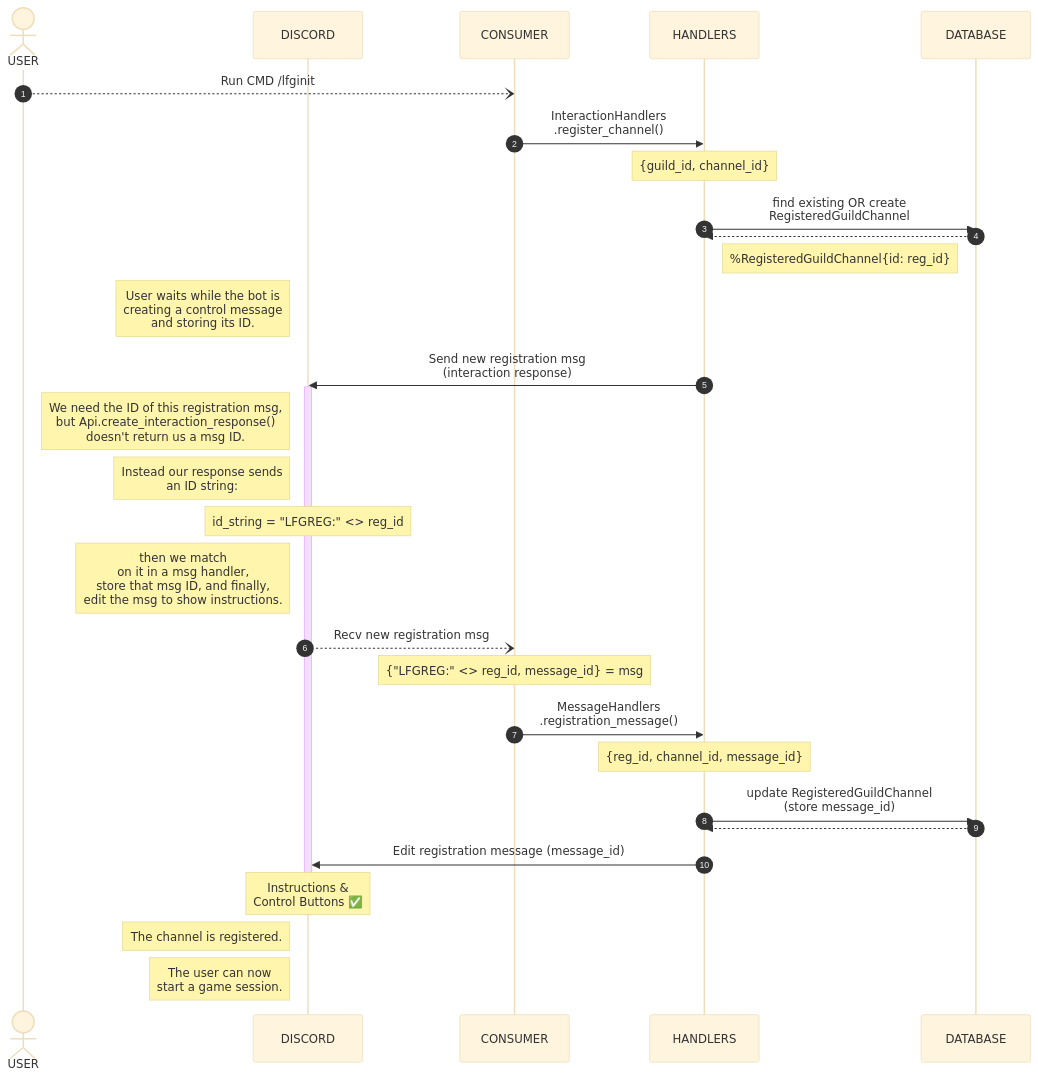
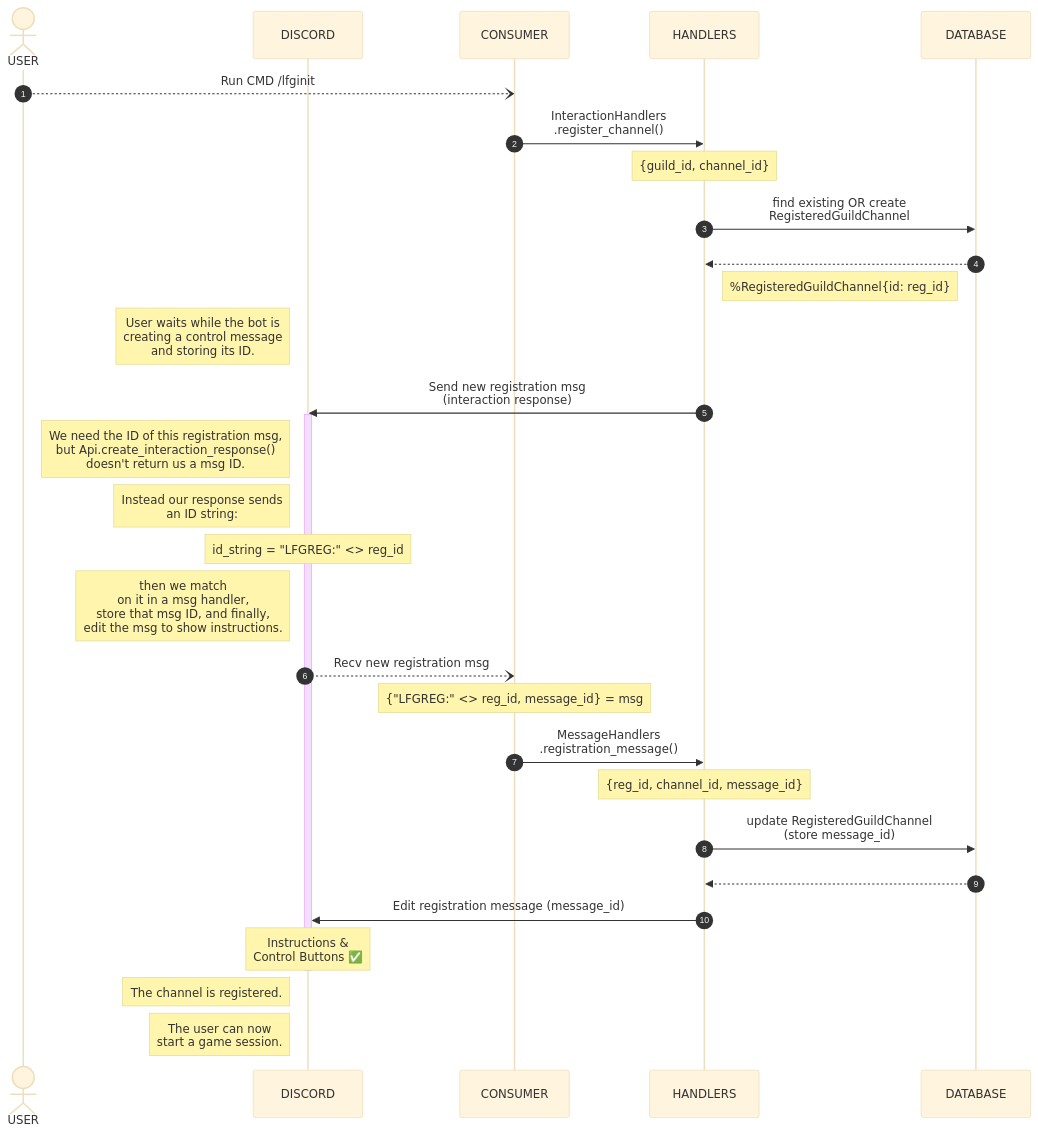
One commit to GeordieP/LFGBot changed the second of 4 diagrams in README.md. Above: the diagram before and after it, drawn with Mermaid (base theme). The commit also changed other lines of this file, not shown here.

First line of the commit message:
Fix mermaid syntax

````diff
--- a/README.md
+++ b/README.md
@@ -119,38 +117,38 @@
 ```mermaid
 sequenceDiagram
 autonumber
 
 actor USER
 participant DISCORD
 participant CONSUMER
 participant HANDLERS
 participant DATABASE
 
 USER--)CONSUMER: Run CMD /lfginit
 CONSUMER->>HANDLERS: InteractionHandlers<br/>.register_channel()
 Note over HANDLERS: {guild_id, channel_id}
 HANDLERS->>DATABASE: find existing OR create<br /> RegisteredGuildChannel
-DATABASE-->>HANDLERS:
+DATABASE-->>HANDLERS: #nbsp;
 Note right of HANDLERS: %RegisteredGuildChannel{id: reg_id}
 Note left of DISCORD: User waits while the bot is<br />creating a control message <br />and storing its ID.
 
 HANDLERS->>DISCORD: Send new registration msg<br/>(interaction response)
 activate DISCORD
 Note left of DISCORD: We need the ID of this registration msg,<br/>but Api.create_interaction_response()<br/>doesn't return us a msg ID.
 Note left of DISCORD: Instead our response sends<br />an ID string:
 Note over DISCORD: id_string = "LFGREG:" <> reg_id
 Note left of DISCORD: then we match <br/>on it in a msg handler,<br/>store that msg ID, and finally, <br/>edit the msg to show instructions.
 DISCORD--)CONSUMER: Recv new registration msg
 Note over CONSUMER: {"LFGREG:" <> reg_id, message_id} = msg
 CONSUMER->>HANDLERS: MessageHandlers<br/>.registration_message()
 Note over HANDLERS: {reg_id, channel_id, message_id}
 HANDLERS->>DATABASE: update RegisteredGuildChannel<br />(store message_id)
-DATABASE-->>HANDLERS:
+DATABASE-->>HANDLERS: #nbsp;
 
 HANDLERS->>DISCORD: Edit registration message (message_id)
 Note over DISCORD: Instructions &<br/>Control Buttons ✅
 deactivate DISCORD
 Note left of DISCORD: The channel is registered.
 Note left of DISCORD: The user can now<br />start a game session.
 
 ```
````
